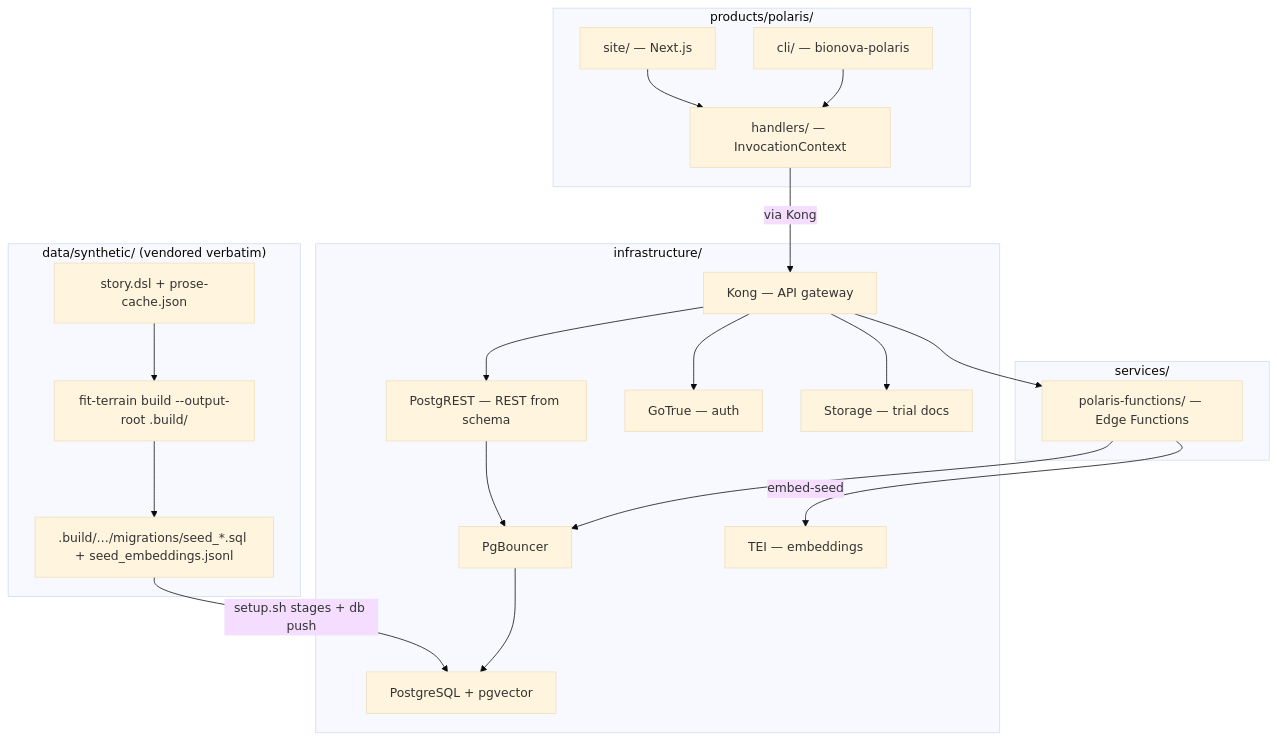
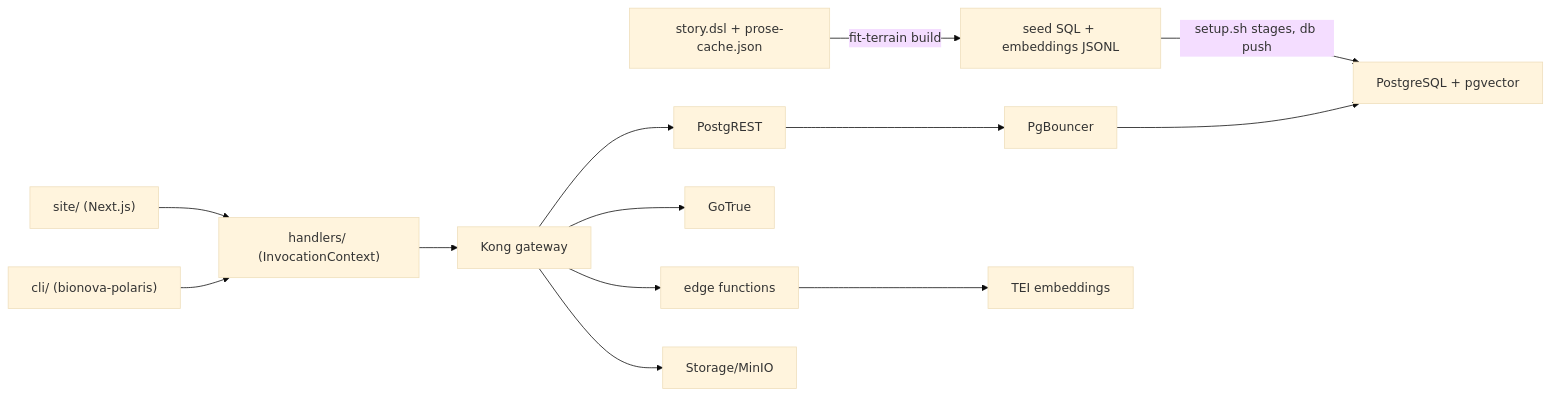
Before and after one commit to forwardimpact/monorepo: the diagram in references/bionova-apps/design-a.md, drawn with Mermaid (base theme). The commit also changed other lines of this file and 10 other files, not shown here.

````diff
--- a/references/bionova-apps/design-a.md
+++ b/references/bionova-apps/design-a.md
@@ -21,42 +9,11 @@
 ```mermaid
-graph TD
-    subgraph "data/synthetic/ (vendored verbatim)"
-        dsl["story.dsl + prose-cache.json"]
-        terrain["fit-terrain build --output-root .build/"]
-        seed[".build/…/migrations/seed_*.sql + seed_embeddings.jsonl"]
-        dsl --> terrain --> seed
-    end
-
-    subgraph "products/polaris/"
-        site["site/ — Next.js"]
-        cli["cli/ — bionova-polaris"]
-        handlers["handlers/ — InvocationContext"]
-    end
-
-    seed -->|setup.sh stages + db push| pg
-
-    subgraph "services/"
-        ef["polaris-functions/ — Edge Functions"]
-    end
-
-    subgraph "infrastructure/"
-        kong["Kong — API gateway"]
-        pg["PostgreSQL + pgvector"]
-        pgb["PgBouncer"]
-        prest["PostgREST — REST from schema"]
-        gotrue["GoTrue — auth"]
-        tei["TEI — embeddings"]
-        store["Storage — trial docs"]
-    end
-
-    site --> handlers
-    cli --> handlers
-    handlers -->|via Kong| kong
-    kong --> prest
-    kong --> gotrue
-    kong --> ef
-    kong --> store
-    prest --> pgb --> pg
-    ef --> pgb
-    ef -->|embed-seed| tei
+graph LR
+    dsl["story.dsl + prose-cache.json"] -->|fit-terrain build| seed["seed SQL + embeddings JSONL"]
+    seed -->|setup.sh stages, db push| pg["PostgreSQL + pgvector"]
+    site["site/ (Next.js)"] --> handlers["handlers/ (InvocationContext)"]
+    cli["cli/ (bionova-polaris)"] --> handlers
+    handlers --> kong["Kong gateway"]
+    kong --> prest["PostgREST"] --> pgb["PgBouncer"] --> pg
+    kong --> gotrue["GoTrue"] & ef["edge functions"] & store["Storage/MinIO"]
+    ef --> tei["TEI embeddings"]
 ```
````
